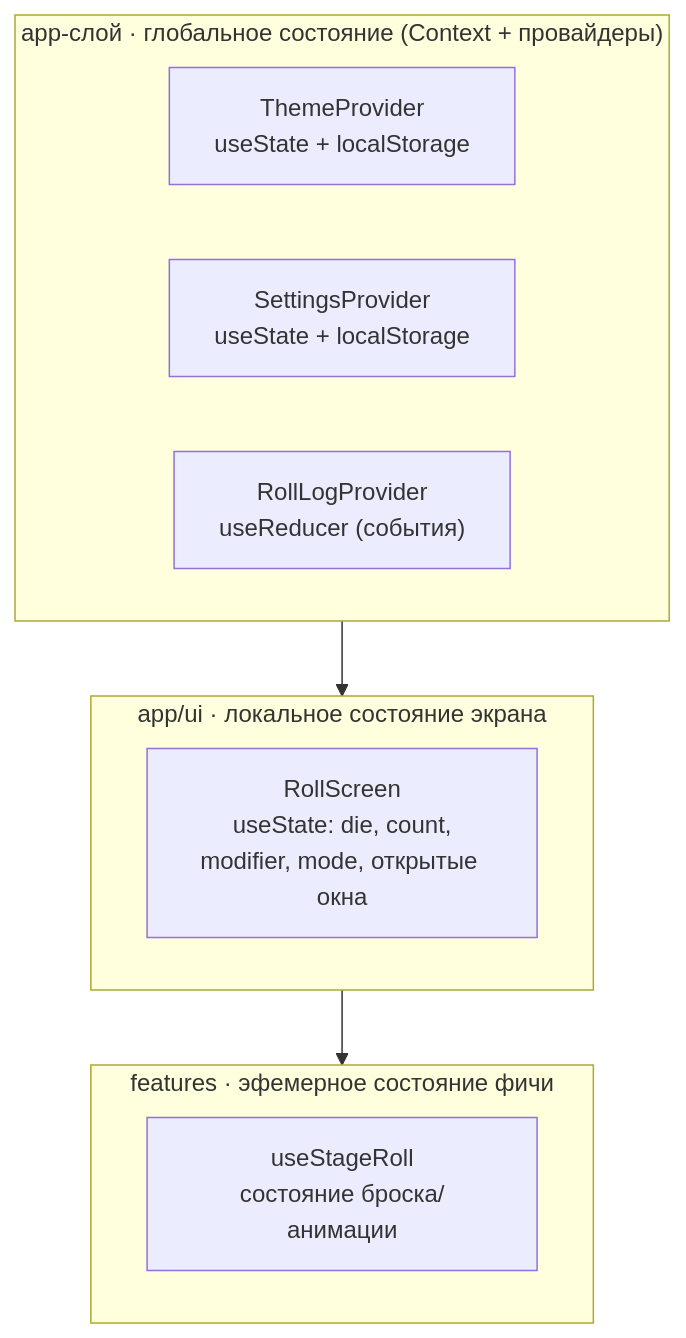
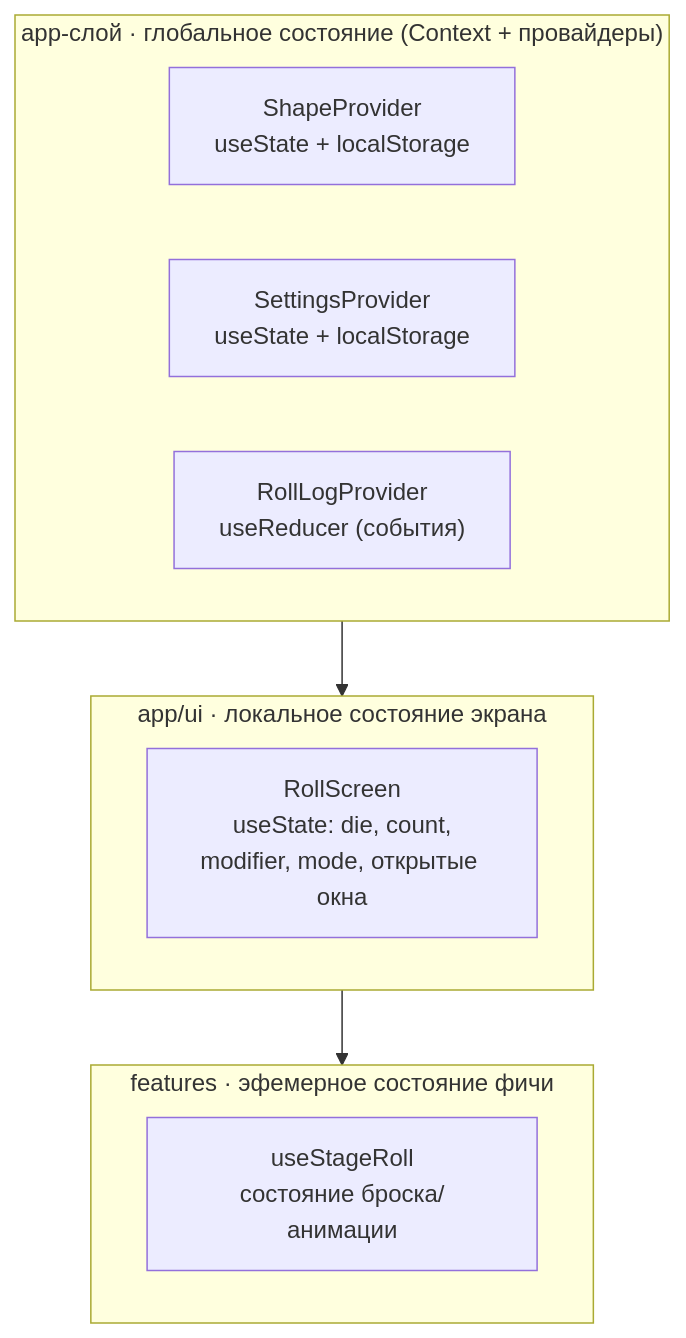
One commit to Demonkratiy/DnD-Dice-Roll changed the first of 3 diagrams in dev-wiki/state-management.md. Above: the diagram before and after it, drawn with Mermaid. The commit also changed other lines of this file and 27 other files, not shown here.

````diff
--- a/dev-wiki/state-management.md
+++ b/dev-wiki/state-management.md
@@ -13,18 +13,18 @@
 ```mermaid
 flowchart TB
     subgraph App["app-слой · глобальное состояние (Context + провайдеры)"]
-        Theme["ThemeProvider<br/>useState + localStorage"]
+        Theme["ShapeProvider<br/>useState + localStorage"]
         Settings["SettingsProvider<br/>useState + localStorage"]
         Log["RollLogProvider<br/>useReducer (события)"]
     end
 
     subgraph Screen["app/ui · локальное состояние экрана"]
         ScreenState["RollScreen<br/>useState: die, count,<br/>modifier, mode, открытые окна"]
     end
 
     subgraph Feature["features · эфемерное состояние фичи"]
         Stage["useStageRoll<br/>состояние броска/анимации"]
     end
 
     App --> Screen --> Feature
 ```
````
